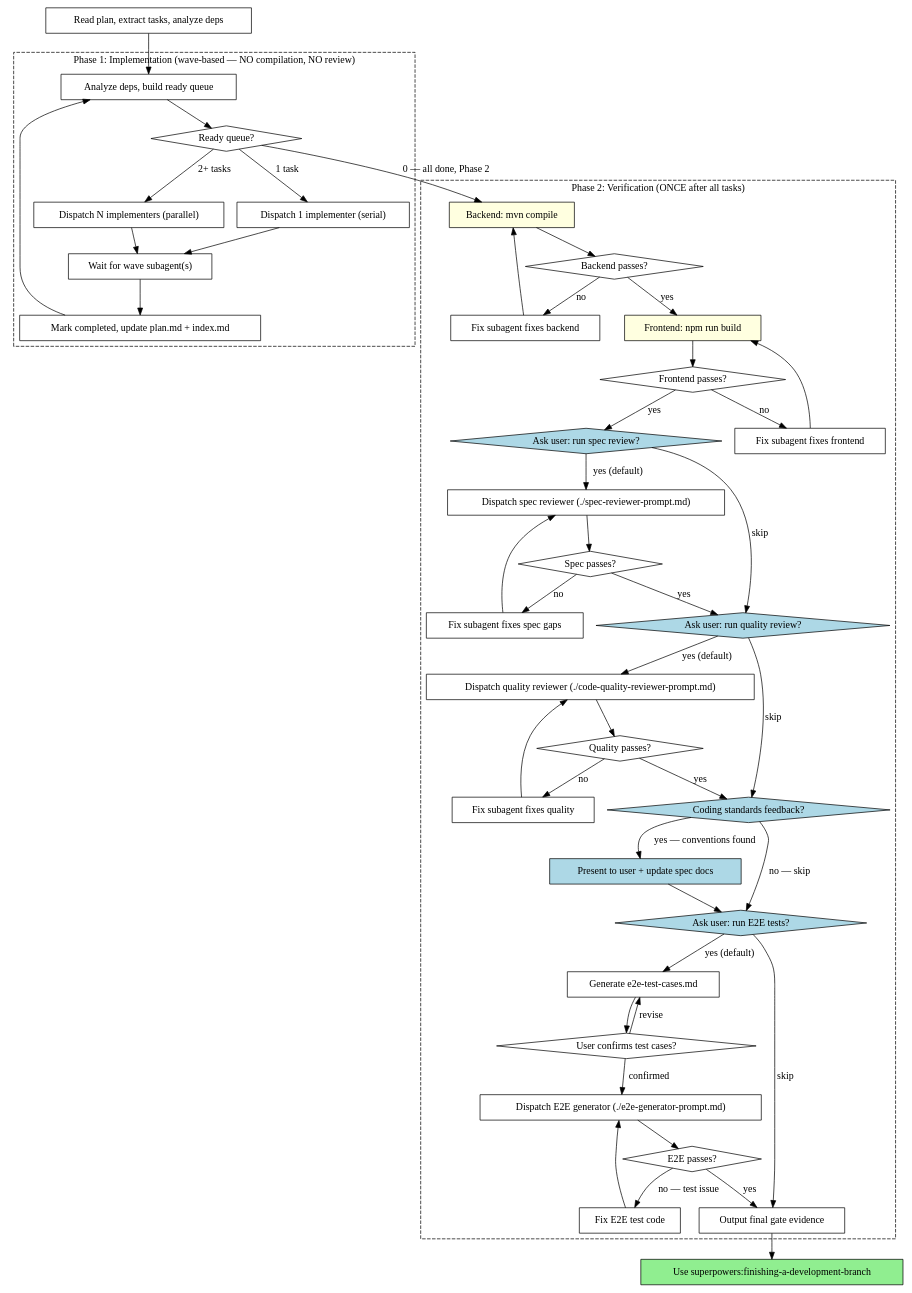
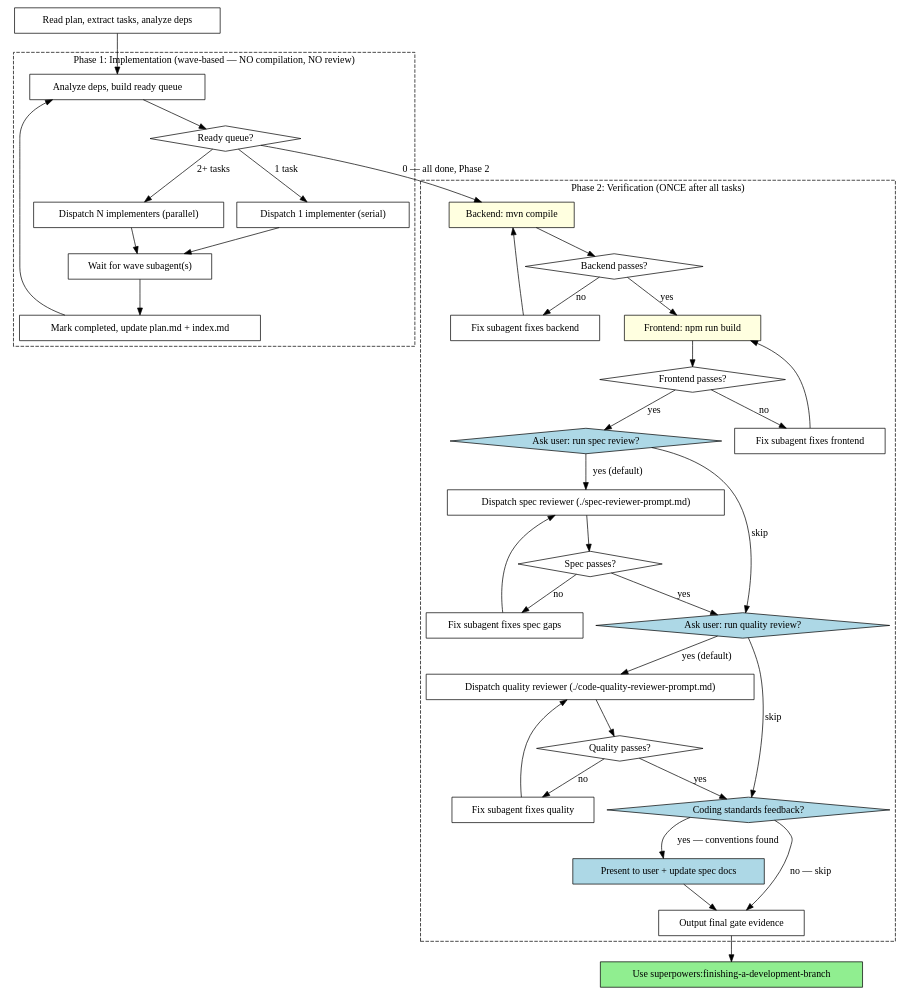
The second of 2 diagrams in skills/subagent-driven-development/SKILL.md (786153747/superpowers), drawn with Graphviz before and after one commit. The commit also changed other lines of this file and 1 other file, not shown here.

````diff
--- a/skills/subagent-driven-development/SKILL.md
+++ b/skills/subagent-driven-development/SKILL.md
@@ -93,12 +93,6 @@
         "Fix subagent fixes quality" [shape=box];
         "Coding standards feedback?" [shape=diamond style=filled fillcolor=lightblue];
         "Present to user + update spec docs" [shape=box style=filled fillcolor=lightblue];
-        "Ask user: run E2E tests?" [shape=diamond style=filled fillcolor=lightblue];
-        "Generate e2e-test-cases.md" [shape=box];
-        "User confirms test cases?" [shape=diamond];
-        "Dispatch E2E generator (./e2e-generator-prompt.md)" [shape=box];
-        "E2E passes?" [shape=diamond];
-        "Fix E2E test code" [shape=box];
         "Output final gate evidence" [shape=box];
     }
 
@@ -136,17 +130,8 @@
     "Fix subagent fixes quality" -> "Dispatch quality reviewer (./code-quality-reviewer-prompt.md)";
     "Quality passes?" -> "Coding standards feedback?" [label="yes"];
     "Coding standards feedback?" -> "Present to user + update spec docs" [label="yes — conventions found"];
-    "Present to user + update spec docs" -> "Ask user: run E2E tests?";
-    "Coding standards feedback?" -> "Ask user: run E2E tests?" [label="no — skip"];
-    "Ask user: run E2E tests?" -> "Generate e2e-test-cases.md" [label="yes (default)"];
-    "Ask user: run E2E tests?" -> "Output final gate evidence" [label="skip"];
-    "Generate e2e-test-cases.md" -> "User confirms test cases?";
-    "User confirms test cases?" -> "Generate e2e-test-cases.md" [label="revise"];
-    "User confirms test cases?" -> "Dispatch E2E generator (./e2e-generator-prompt.md)" [label="confirmed"];
-    "Dispatch E2E generator (./e2e-generator-prompt.md)" -> "E2E passes?";
-    "E2E passes?" -> "Fix E2E test code" [label="no — test issue"];
-    "Fix E2E test code" -> "Dispatch E2E generator (./e2e-generator-prompt.md)";
-    "E2E passes?" -> "Output final gate evidence" [label="yes"];
+    "Present to user + update spec docs" -> "Output final gate evidence";
+    "Coding standards feedback?" -> "Output final gate evidence" [label="no — skip"];
     "Output final gate evidence" -> "Use superpowers:finishing-a-development-branch";
 }
 ```
````
